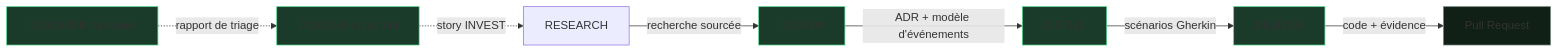
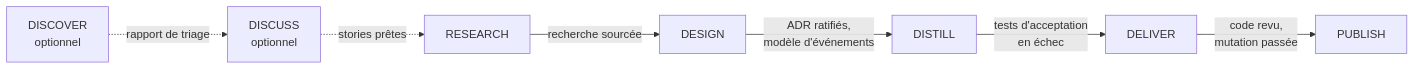
Before and after one commit to SebastienDegodez/skraft-plugin: the diagram in docs/site/fr/explanation/pipeline/index.md, drawn with Mermaid. The commit also changed other lines of this file and 17 other files, not shown here.

````diff
--- a/docs/site/fr/explanation/pipeline/index.md
+++ b/docs/site/fr/explanation/pipeline/index.md
@@ -38,15 +41,9 @@
 ```mermaid
 graph LR
-    D[DISCOVER optionnel] -.->|rapport de triage| DI[DISCUSS optionnel]
-    DI -.->|story INVEST| R[RESEARCH]
+    D[DISCOVER<br/>optionnel] -.->|rapport de triage| DI[DISCUSS<br/>optionnel]
+    DI -.->|stories prêtes| R[RESEARCH]
     R -->|recherche sourcée| DE[DESIGN]
-    DE -->|ADR + modèle d'événements| DIS[DISTILL]
-    DIS -->|scénarios Gherkin| DEL[DELIVER]
-    DEL -->|code + évidence| PR[Pull Request]
-    style D fill:#1a3a2a,stroke:#4ed58a
-    style DI fill:#1a3a2a,stroke:#4ed58a
-    style DE fill:#1a3a2a,stroke:#4ed58a
-    style DIS fill:#1a3a2a,stroke:#4ed58a
-    style DEL fill:#1a3a2a,stroke:#4ed58a
-    style PR fill:#102016,stroke:#6f8478
+    DE -->|ADR ratifiés,<br/>modèle d'événements| DIS[DISTILL]
+    DIS -->|tests d'acceptation<br/>en échec| DEL[DELIVER]
+    DEL -->|code revu,<br/>mutation passée| P[PUBLISH]
 ```
````
